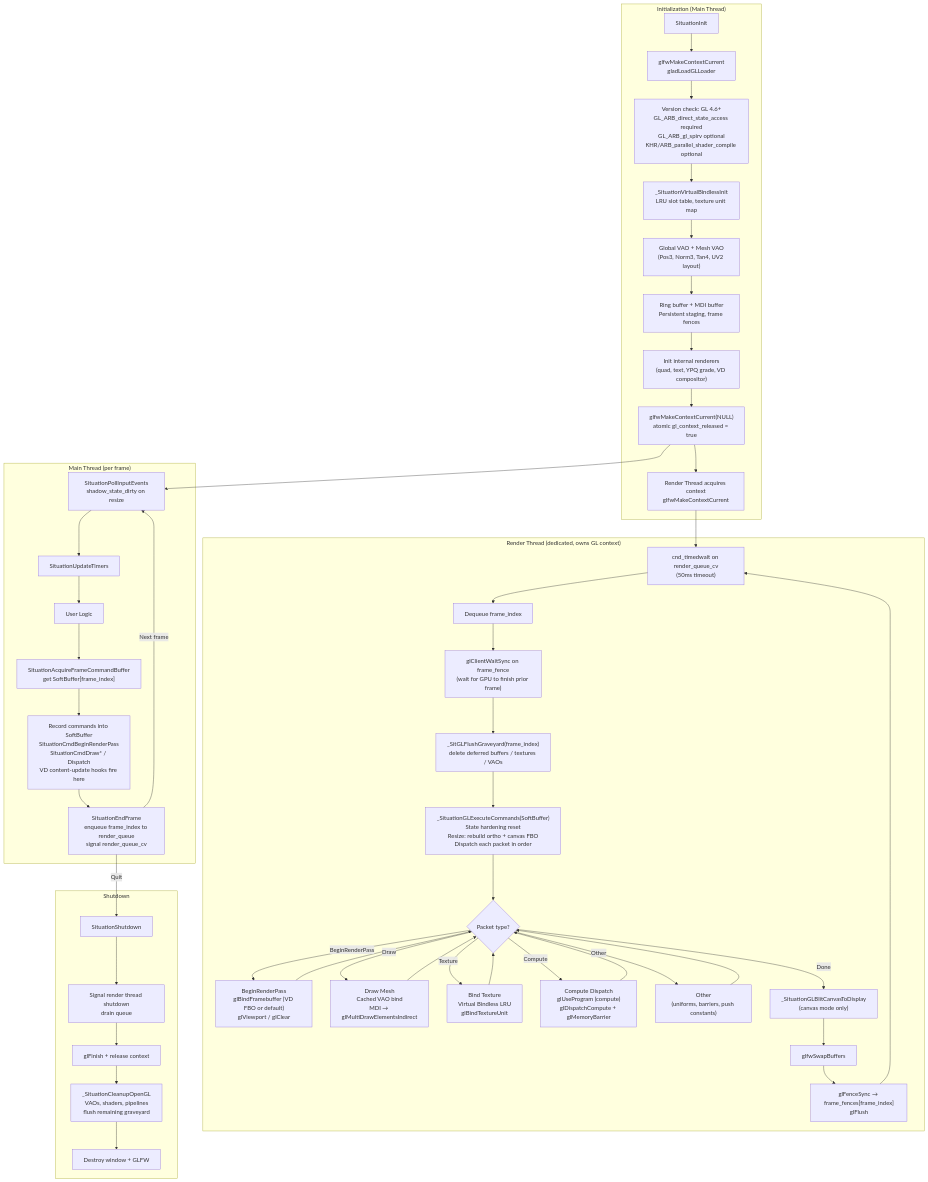
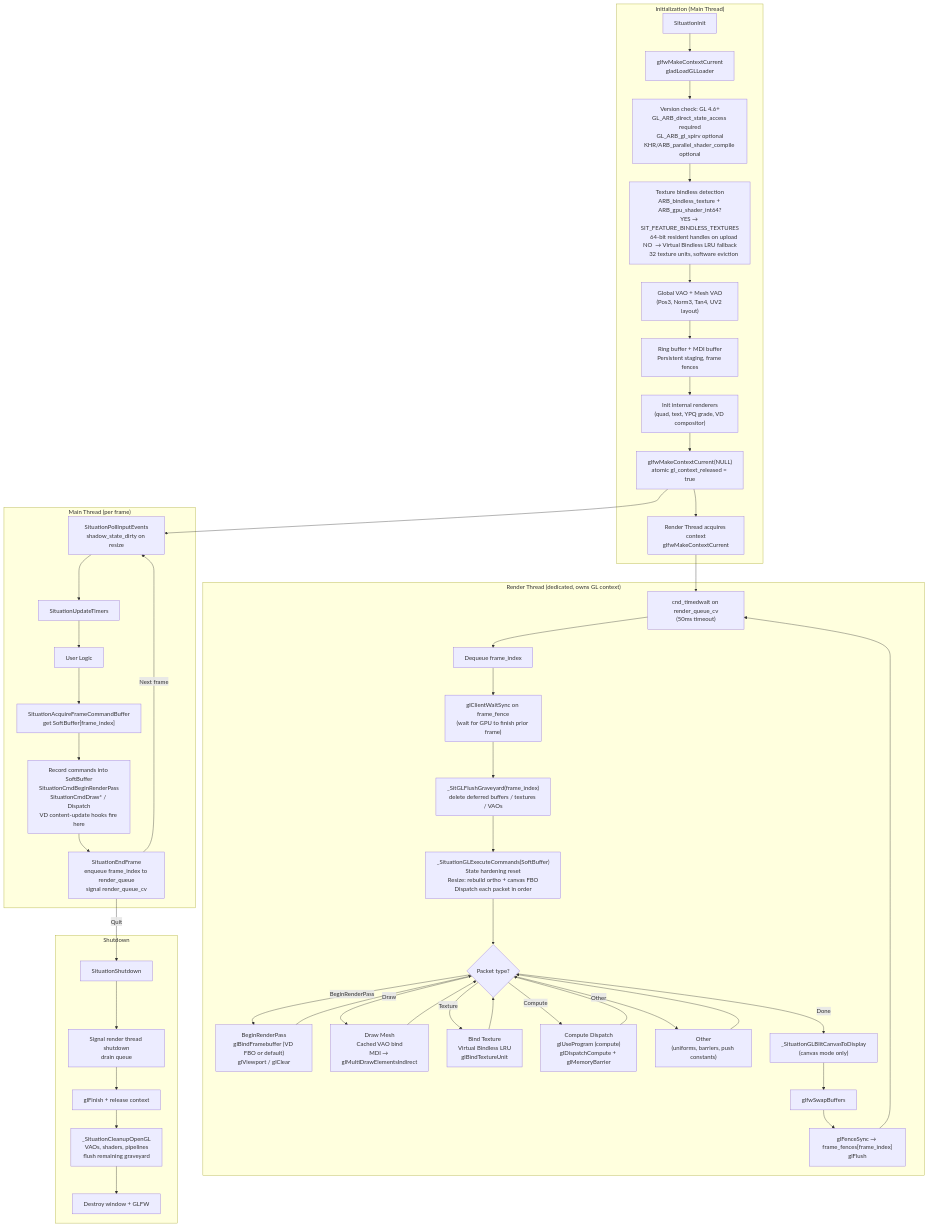
One commit to jmorel33/situation changed the sixth of 7 diagrams in doc/architecture.md. Above: the diagram before and after it, drawn with Mermaid. The commit also changed other lines of this file, not shown here.

````diff
--- a/doc/architecture.md
+++ b/doc/architecture.md
@@ -499,65 +499,65 @@
 ```mermaid
 graph TD
     subgraph Init ["Initialization (Main Thread)"]
         I1["SituationInit"]
         I2["glfwMakeContextCurrent<br/>gladLoadGLLoader"]
         I3["Version check: GL 4.6+<br/>GL_ARB_direct_state_access required<br/>GL_ARB_gl_spirv optional<br/>KHR/ARB_parallel_shader_compile optional"]
-        I4["_SituationVirtualBindlessInit<br/>LRU slot table, texture unit map"]
+        I4["Texture bindless detection<br/>ARB_bindless_texture + ARB_gpu_shader_int64?<br/>YES → SIT_FEATURE_BINDLESS_TEXTURES<br/>     64-bit resident handles on upload<br/>NO  → Virtual Bindless LRU fallback<br/>     32 texture units, software eviction"]
         I5["Global VAO + Mesh VAO<br/>(Pos3, Norm3, Tan4, UV2 layout)"]
         I6["Ring buffer + MDI buffer<br/>Persistent staging, frame fences"]
         I7["Init internal renderers<br/>(quad, text, YPQ grade, VD compositor)"]
         I8["glfwMakeContextCurrent(NULL)<br/>atomic gl_context_released = true"]
         I9["Render Thread acquires context<br/>glfwMakeContextCurrent"]
     end
 
     subgraph MainThread ["Main Thread (per frame)"]
         M1["SituationPollInputEvents<br/>shadow_state_dirty on resize"]
         M2["SituationUpdateTimers"]
         M3["User Logic"]
         M4["SituationAcquireFrameCommandBuffer<br/>get SoftBuffer[frame_index]"]
         M5["Record commands into SoftBuffer<br/>SituationCmdBeginRenderPass<br/>SituationCmdDraw* / Dispatch<br/>VD content-update hooks fire here"]
         M6["SituationEndFrame<br/>enqueue frame_index to render_queue<br/>signal render_queue_cv"]
     end
 
     subgraph RenderThread ["Render Thread (dedicated, owns GL context)"]
         RT1["cnd_timedwait on render_queue_cv<br/>(50ms timeout)"]
         RT2["Dequeue frame_index"]
         RT3["glClientWaitSync on frame_fence<br/>(wait for GPU to finish prior frame)"]
         RT4["_SitGLFlushGraveyard(frame_index)<br/>delete deferred buffers / textures / VAOs"]
         RT5["_SituationGLExecuteCommands(SoftBuffer)<br/>State hardening reset<br/>Resize: rebuild ortho + canvas FBO<br/>Dispatch each packet in order"]
         RT6{"Packet type?"}
         RT7["BeginRenderPass<br/>glBindFramebuffer (VD FBO or default)<br/>glViewport / glClear"]
         RT8["Draw Mesh<br/>Cached VAO bind<br/>MDI → glMultiDrawElementsIndirect"]
         RT9["Bind Texture<br/>Virtual Bindless LRU<br/>glBindTextureUnit"]
         RT10["Compute Dispatch<br/>glUseProgram (compute)<br/>glDispatchCompute + glMemoryBarrier"]
         RT11["Other<br/>(uniforms, barriers, push constants)"]
         RT12["_SituationGLBlitCanvasToDisplay<br/>(canvas mode only)"]
         RT13["glfwSwapBuffers"]
         RT14["glFenceSync → frame_fences[frame_index]<br/>glFlush"]
 
         RT1 --> RT2 --> RT3 --> RT4 --> RT5 --> RT6
         RT6 -- "BeginRenderPass" --> RT7 --> RT6
         RT6 -- "Draw" --> RT8 --> RT6
         RT6 -- "Texture" --> RT9 --> RT6
         RT6 -- "Compute" --> RT10 --> RT6
         RT6 -- "Other" --> RT11 --> RT6
         RT6 -- "Done" --> RT12 --> RT13 --> RT14
         RT14 --> RT1
     end
 
     subgraph Exit ["Shutdown"]
         E1["SituationShutdown"]
         E2["Signal render thread shutdown<br/>drain queue"]
         E3["glFinish + release context"]
         E4["_SituationCleanupOpenGL<br/>VAOs, shaders, pipelines<br/>flush remaining graveyard"]
         E5["Destroy window + GLFW"]
     end
 
     I1 --> I2 --> I3 --> I4 --> I5 --> I6 --> I7 --> I8 --> I9
     I9 --> RT1
     I8 --> M1
     M1 --> M2 --> M3 --> M4 --> M5 --> M6
     M6 -- "Next frame" --> M1
     M6 -- "Quit" --> E1
     E1 --> E2 --> E3 --> E4 --> E5
 ```
````
